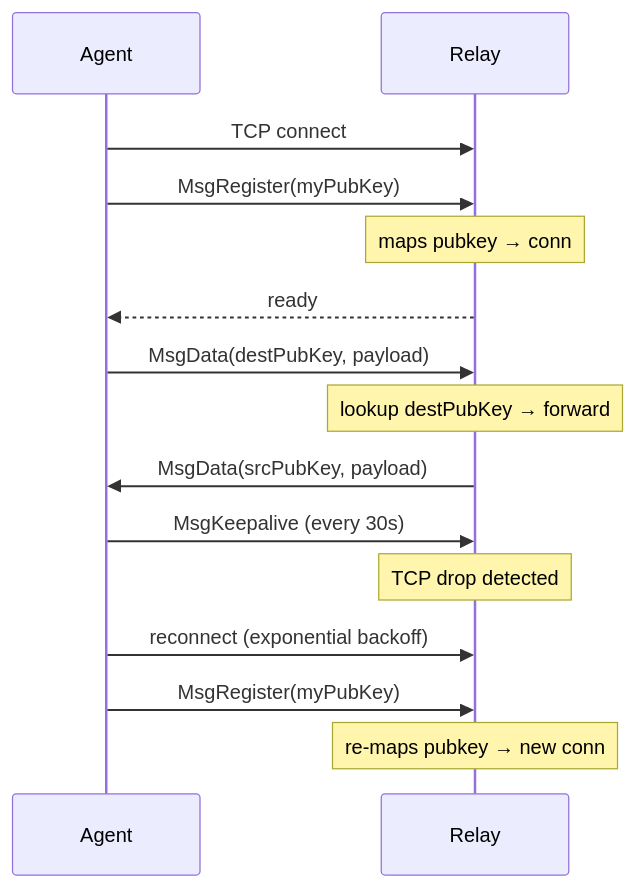
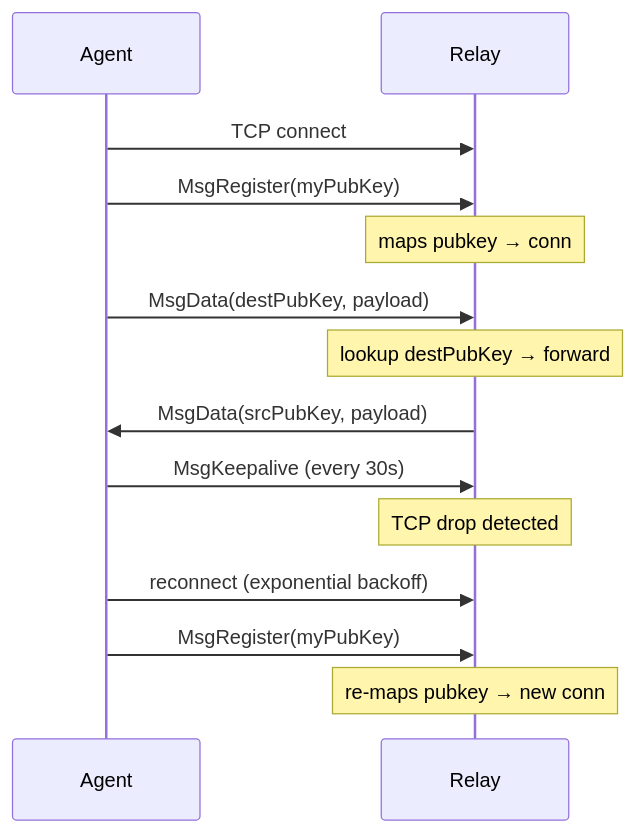
The second of 4 diagrams in docs/architecture/relay.md (inerplat/wirekube), drawn with Mermaid before and after one commit. The commit also changed other lines of this file and 47 other files, not shown here.

````diff
--- a/docs/architecture/relay.md
+++ b/docs/architecture/relay.md
@@ -63,17 +65,16 @@
 ```mermaid
 sequenceDiagram
     participant Agent
     participant Relay
     Agent->>Relay: TCP connect
     Agent->>Relay: MsgRegister(myPubKey)
     Note over Relay: maps pubkey → conn
-    Relay-->>Agent: ready
     Agent->>Relay: MsgData(destPubKey, payload)
     Note over Relay: lookup destPubKey → forward
     Relay->>Agent: MsgData(srcPubKey, payload)
     Agent->>Relay: MsgKeepalive (every 30s)
     Note over Relay: TCP drop detected
     Agent->>Relay: reconnect (exponential backoff)
     Agent->>Relay: MsgRegister(myPubKey)
     Note over Relay: re-maps pubkey → new conn
 ```
````
